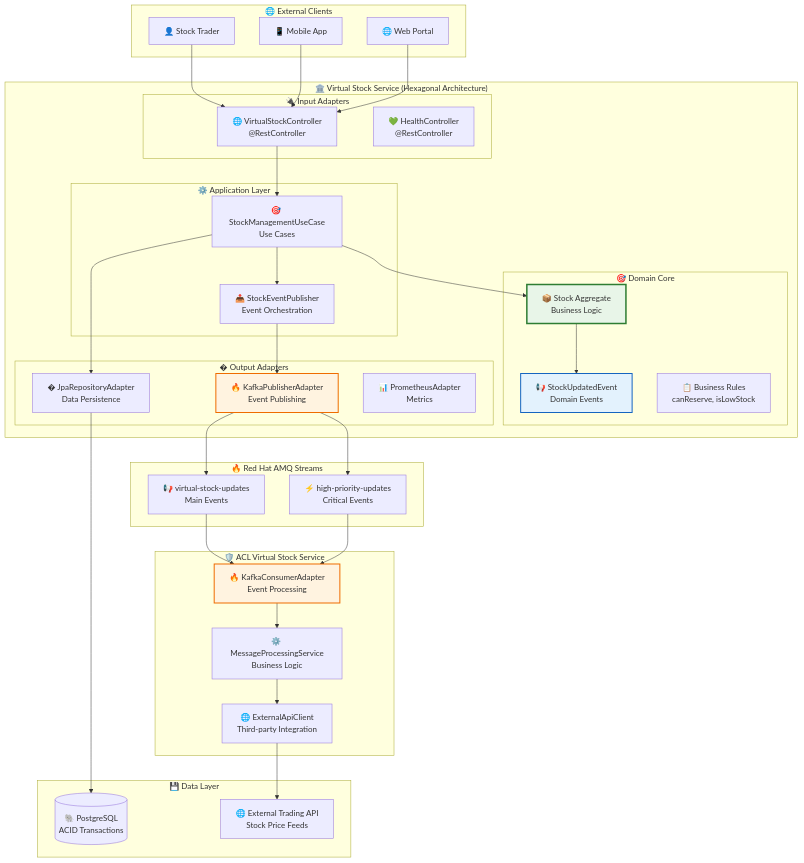
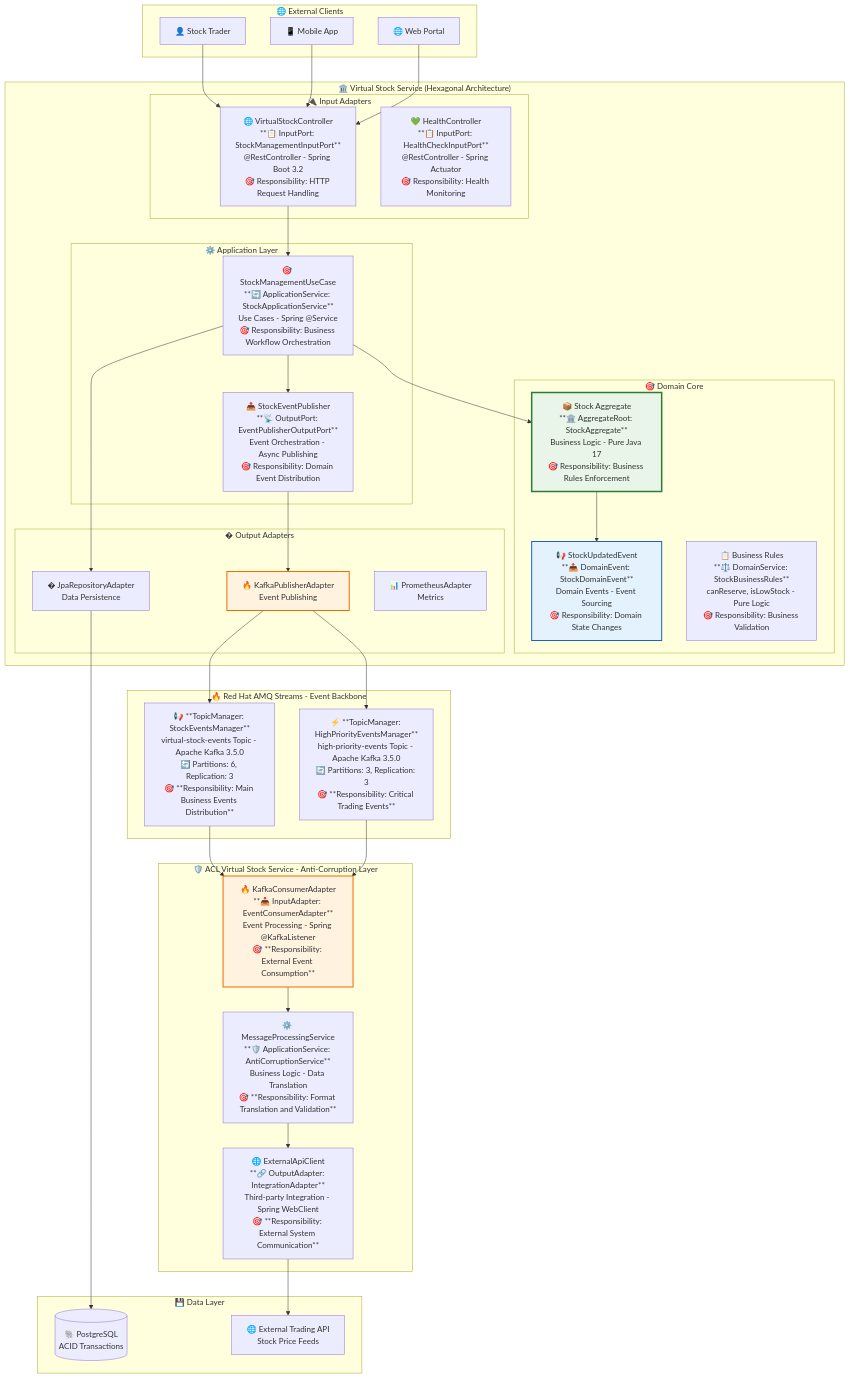
Before and after one commit to italo-costa/estudosKBNT_Kafka_Logs_V2_cleanCode: the second of 3 diagrams in README.md, drawn with Mermaid. The commit also changed other lines of this file and 58 other files, not shown here.

First line of the commit message:
feat: Complete workflow validation with 300 messages + comprehensive test environment

````diff
--- a/README.md
+++ b/README.md
@@ -460,78 +464,78 @@
 ```mermaid
 graph TB
     subgraph "🌐 External Clients"
         TRADER[👤 Stock Trader]
         MOBILE[📱 Mobile App]
         WEB[🌐 Web Portal]
     end
     
     subgraph "🏛️ Virtual Stock Service (Hexagonal Architecture)"
         subgraph "🔌 Input Adapters"
-            REST_CTRL[🌐 VirtualStockController<br/>@RestController]
-            HEALTH_CTRL[💚 HealthController<br/>@RestController]
+            REST_CTRL[🌐 VirtualStockController<br/>**📋 InputPort: StockManagementInputPort**<br/>@RestController - Spring Boot 3.2<br/>🎯 Responsibility: HTTP Request Handling]
+            HEALTH_CTRL[💚 HealthController<br/>**📋 InputPort: HealthCheckInputPort**<br/>@RestController - Spring Actuator<br/>🎯 Responsibility: Health Monitoring]
         end
         
         subgraph "🎯 Domain Core"
-            STOCK_AGG[📦 Stock Aggregate<br/>Business Logic]
-            STOCK_EVENT[📢 StockUpdatedEvent<br/>Domain Events]
-            BIZ_RULES[📋 Business Rules<br/>canReserve, isLowStock]
+            STOCK_AGG[📦 Stock Aggregate<br/>**🏛️ AggregateRoot: StockAggregate**<br/>Business Logic - Pure Java 17<br/>🎯 Responsibility: Business Rules Enforcement]
+            STOCK_EVENT[📢 StockUpdatedEvent<br/>**📤 DomainEvent: StockDomainEvent**<br/>Domain Events - Event Sourcing<br/>🎯 Responsibility: Domain State Changes]
+            BIZ_RULES[📋 Business Rules<br/>**⚖️ DomainService: StockBusinessRules**<br/>canReserve, isLowStock - Pure Logic<br/>🎯 Responsibility: Business Validation]
         end
         
         subgraph "⚙️ Application Layer"
-            STOCK_UC[🎯 StockManagementUseCase<br/>Use Cases]
-            EVENT_PUB[📤 StockEventPublisher<br/>Event Orchestration]
+            STOCK_UC[🎯 StockManagementUseCase<br/>**🔄 ApplicationService: StockApplicationService**<br/>Use Cases - Spring @Service<br/>🎯 Responsibility: Business Workflow Orchestration]
+            EVENT_PUB[📤 StockEventPublisher<br/>**📡 OutputPort: EventPublisherOutputPort**<br/>Event Orchestration - Async Publishing<br/>🎯 Responsibility: Domain Event Distribution]
         end
         
         subgraph "� Output Adapters"
             KAFKA_PUB[🔥 KafkaPublisherAdapter<br/>Event Publishing]
             JPA_REPO[�️ JpaRepositoryAdapter<br/>Data Persistence]
             PROMETHEUS[📊 PrometheusAdapter<br/>Metrics]
         end
     end
     
-    subgraph "🔥 Red Hat AMQ Streams"
-        TOPIC_STOCK[📢 virtual-stock-updates<br/>Main Events]
-        TOPIC_HIGH[⚡ high-priority-updates<br/>Critical Events]
+    subgraph "🔥 Red Hat AMQ Streams - Event Backbone"
+        TOPIC_STOCK[📢 **TopicManager: StockEventsManager**<br/>virtual-stock-events Topic - Apache Kafka 3.5.0<br/>🔄 Partitions: 6, Replication: 3<br/>🎯 **Responsibility: Main Business Events Distribution**]
+        TOPIC_HIGH[⚡ **TopicManager: HighPriorityEventsManager**<br/>high-priority-events Topic - Apache Kafka 3.5.0<br/>🔄 Partitions: 3, Replication: 3<br/>🎯 **Responsibility: Critical Trading Events**]
     end
     
-    subgraph "🛡️ ACL Virtual Stock Service"
-        KAFKA_CONS[🔥 KafkaConsumerAdapter<br/>Event Processing]
-        MSG_PROC[⚙️ MessageProcessingService<br/>Business Logic]
-        EXT_CLIENT[🌐 ExternalApiClient<br/>Third-party Integration]
+    subgraph "🛡️ ACL Virtual Stock Service - Anti-Corruption Layer"
+        KAFKA_CONS[🔥 KafkaConsumerAdapter<br/>**📥 InputAdapter: EventConsumerAdapter**<br/>Event Processing - Spring @KafkaListener<br/>🎯 **Responsibility: External Event Consumption**]
+        MSG_PROC[⚙️ MessageProcessingService<br/>**🛡️ ApplicationService: AntiCorruptionService**<br/>Business Logic - Data Translation<br/>🎯 **Responsibility: Format Translation and Validation**]
+        EXT_CLIENT[🌐 ExternalApiClient<br/>**🔗 OutputAdapter: IntegrationAdapter**<br/>Third-party Integration - Spring WebClient<br/>🎯 **Responsibility: External System Communication**]
     end
     
     subgraph "💾 Data Layer"
         POSTGRES_DB[(🐘 PostgreSQL<br/>ACID Transactions)]
         EXT_API[🌐 External Trading API<br/>Stock Price Feeds]
     end
 
     %% Flow connections
     TRADER --> REST_CTRL
     MOBILE --> REST_CTRL
     WEB --> REST_CTRL
     
     REST_CTRL --> STOCK_UC
     STOCK_UC --> STOCK_AGG
     STOCK_AGG --> STOCK_EVENT
     STOCK_UC --> EVENT_PUB
     
     EVENT_PUB --> KAFKA_PUB
     STOCK_UC --> JPA_REPO
     
     KAFKA_PUB --> TOPIC_STOCK
     KAFKA_PUB --> TOPIC_HIGH
     
     TOPIC_STOCK --> KAFKA_CONS
     TOPIC_HIGH --> KAFKA_CONS
     
     KAFKA_CONS --> MSG_PROC
     MSG_PROC --> EXT_CLIENT
     
     JPA_REPO --> POSTGRES_DB
     EXT_CLIENT --> EXT_API
     
     style STOCK_AGG fill:#e8f5e8,stroke:#2e7d32,stroke-width:3px
     style STOCK_EVENT fill:#e3f2fd,stroke:#1565c0,stroke-width:2px
     style KAFKA_PUB fill:#fff3e0,stroke:#ef6c00,stroke-width:2px
     style KAFKA_CONS fill:#fff3e0,stroke:#ef6c00,stroke-width:2px
 ```
````
